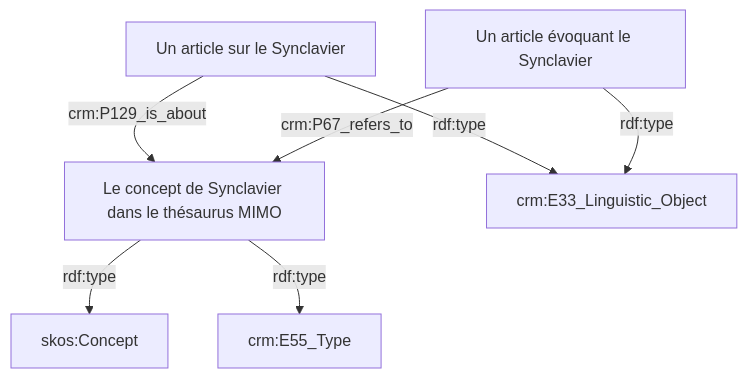
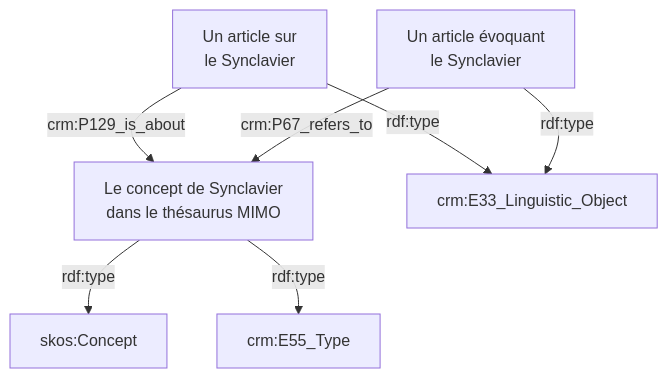
The first of 4 diagrams in sherlock_model_indexing.md (sherlock-iremus/sherlock), drawn with Mermaid before and after one commit. The commit also changed other lines of this file, not shown here.

````diff
--- a/sherlock_model_indexing.md
+++ b/sherlock_model_indexing.md
@@ -23,20 +23,20 @@
 ```mermaid
     flowchart TB
 
-    A[Un article sur le Synclavier]
+    A[Un article sur<br>le Synclavier]
     click A "https://fr.wikipedia.org/wiki/Synclavier"
 
-    B[Un article évoquant le Synclavier]
+    B[Un article évoquant<br>le Synclavier]
     click B "https://www.soundonsound.com/people/mark-snow-scoring-x-files"
     
-    C[Le concept de Synclavier dans le thésaurus MIMO]
+    C[Le concept de Synclavier<br>dans le thésaurus MIMO]
     click C "https://vocabulary.mimo-international.com/InstrumentsKeywords/fr/page/2320"
    
     A -->|crm:P129_is_about| C
     B -->|crm:P67_refers_to| C
 
     A -->|rdf:type| crm:E33_Linguistic_Object
     B -->|rdf:type| crm:E33_Linguistic_Object
     C -->|rdf:type| skos:Concept
     C -->|rdf:type| crm:E55_Type
 ```
````
